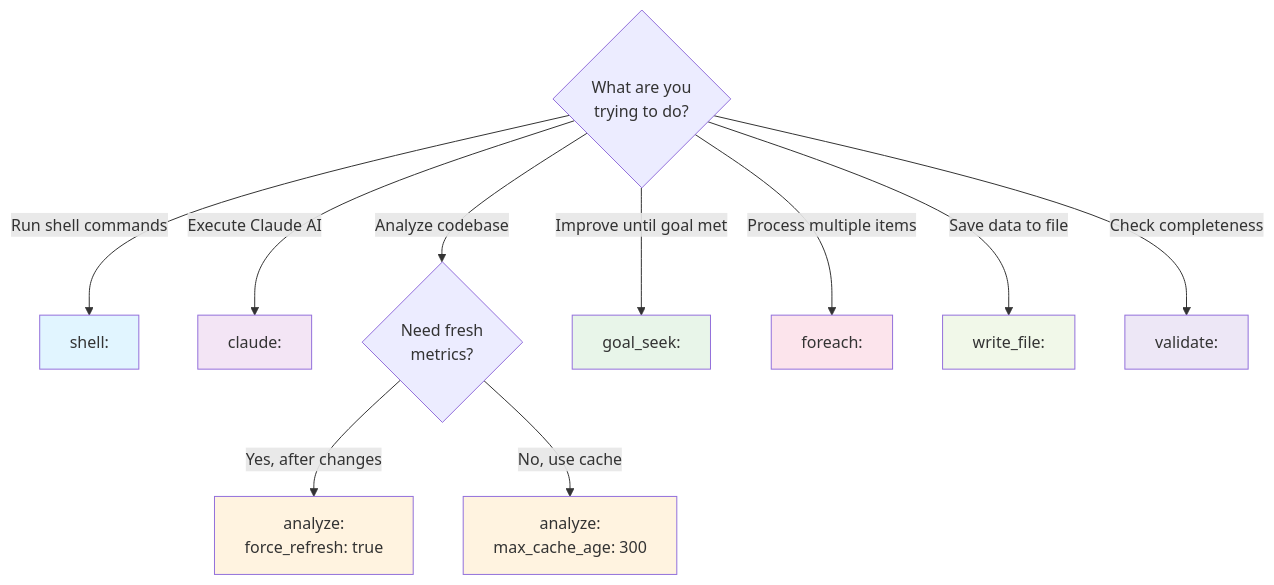
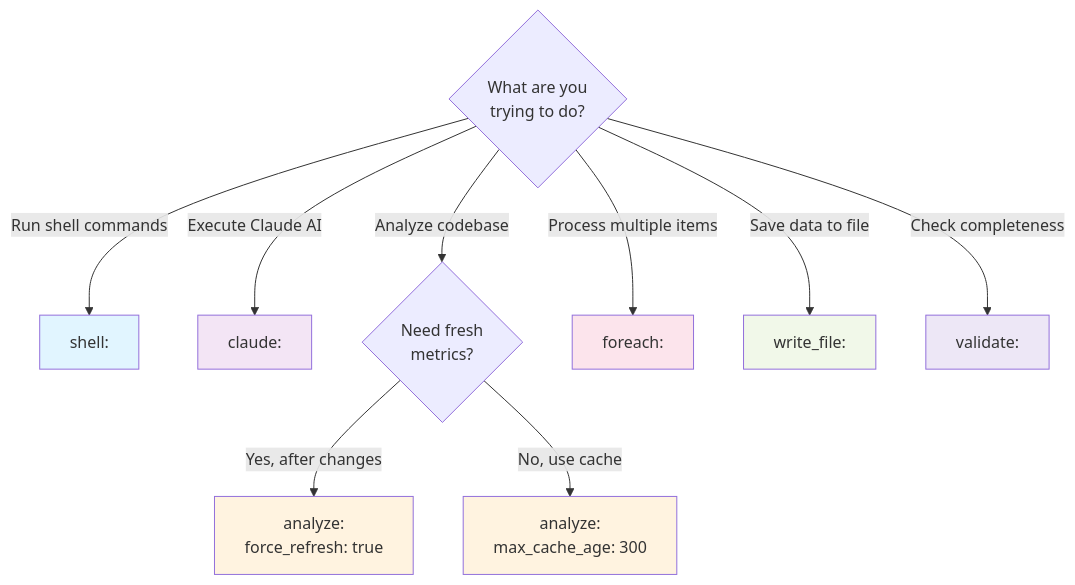
Before and after one commit to iepathos/prodigy: the first of 4 diagrams in docs/workflow-basics/command-types.md, drawn with Mermaid. The commit also changed other lines of this file and 56 other files, not shown here.

First line of the commit message:
feat: implement spec 182 - remove goal_seek feature

````diff
--- a/docs/workflow-basics/command-types.md
+++ b/docs/workflow-basics/command-types.md
@@ -22,24 +21,22 @@
 ```mermaid
 flowchart TD
     Start{What are you<br/>trying to do?}
 
     Start -->|Run shell commands| Shell[shell:]
     Start -->|Execute Claude AI| Claude[claude:]
     Start -->|Analyze codebase| Analyze{Need fresh<br/>metrics?}
-    Start -->|Improve until goal met| GoalSeek[goal_seek:]
     Start -->|Process multiple items| Foreach[foreach:]
     Start -->|Save data to file| WriteFile[write_file:]
     Start -->|Check completeness| Validate[validate:]
 
     Analyze -->|Yes, after changes| AnalyzeForce[analyze:<br/>force_refresh: true]
     Analyze -->|No, use cache| AnalyzeCache[analyze:<br/>max_cache_age: 300]
 
     style Shell fill:#e1f5ff
     style Claude fill:#f3e5f5
     style AnalyzeForce fill:#fff3e0
     style AnalyzeCache fill:#fff3e0
-    style GoalSeek fill:#e8f5e9
     style Foreach fill:#fce4ec
     style WriteFile fill:#f1f8e9
     style Validate fill:#ede7f6
 ```
````
